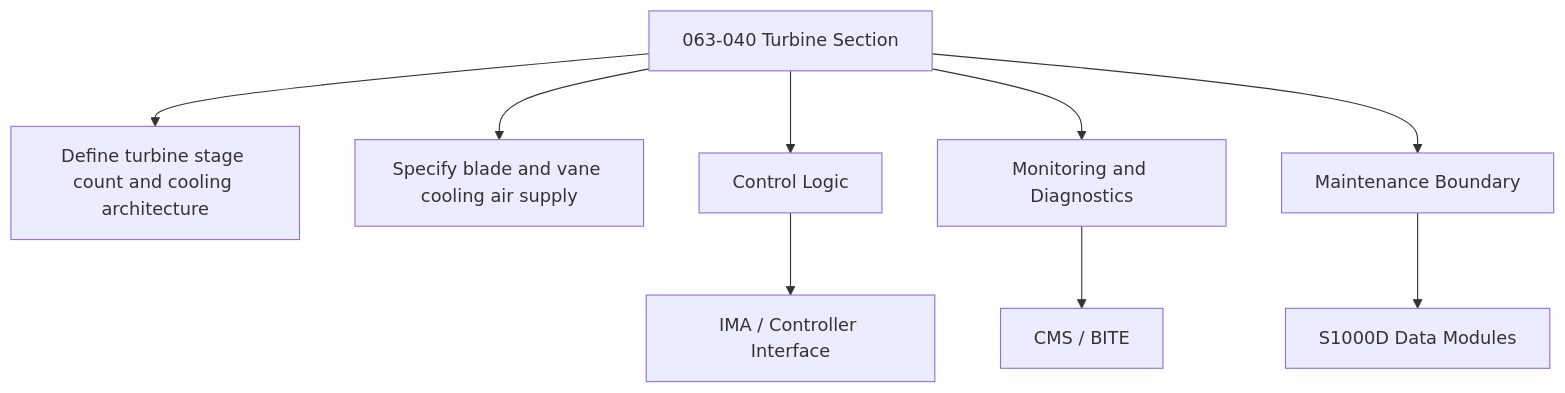
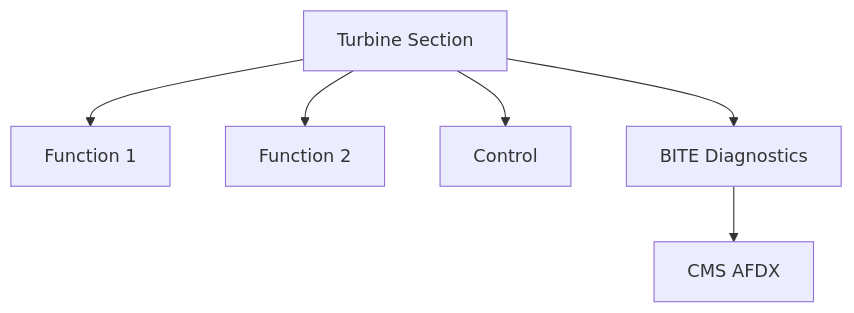
The second of 2 diagrams in Q+ATLANTIDE/000-099_ATLAS/060-069_Propulsion-Tradicional/063_Engine-Turbine/063-040-Turbine-Section.md (AmedeoPelliccia/Qplus-For-All-Queer-People-and-Quantum), drawn with Mermaid before and after one commit. The commit also changed other lines of this file and 74 other files, not shown here.

````diff
--- a/Q+ATLANTIDE/000-099_ATLAS/060-069_Propulsion-Tradicional/063_Engine-Turbine/063-040-Turbine-Section.md
+++ b/Q+ATLANTIDE/000-099_ATLAS/060-069_Propulsion-Tradicional/063_Engine-Turbine/063-040-Turbine-Section.md
@@ -172,11 +96,8 @@
 ```mermaid
 flowchart TB
-    SYS[063-040 Turbine Section] --> F1[Define turbine stage count and cooling architecture]
-    SYS --> F2[Specify blade and vane cooling air supply]
-    SYS --> CTRL[Control Logic]
-    SYS --> MON[Monitoring and Diagnostics]
-    SYS --> MAINT[Maintenance Boundary]
-    CTRL --> IMA[IMA / Controller Interface]
-    MON --> CMS[CMS / BITE]
-    MAINT --> CSDB[S1000D Data Modules]
+    SYS[Turbine Section] --> F1[Function 1]
+    SYS --> F2[Function 2]
+    SYS --> CTRL[Control]
+    SYS --> MON[BITE Diagnostics]
+    MON --> CMS[CMS AFDX]
 ```
````
